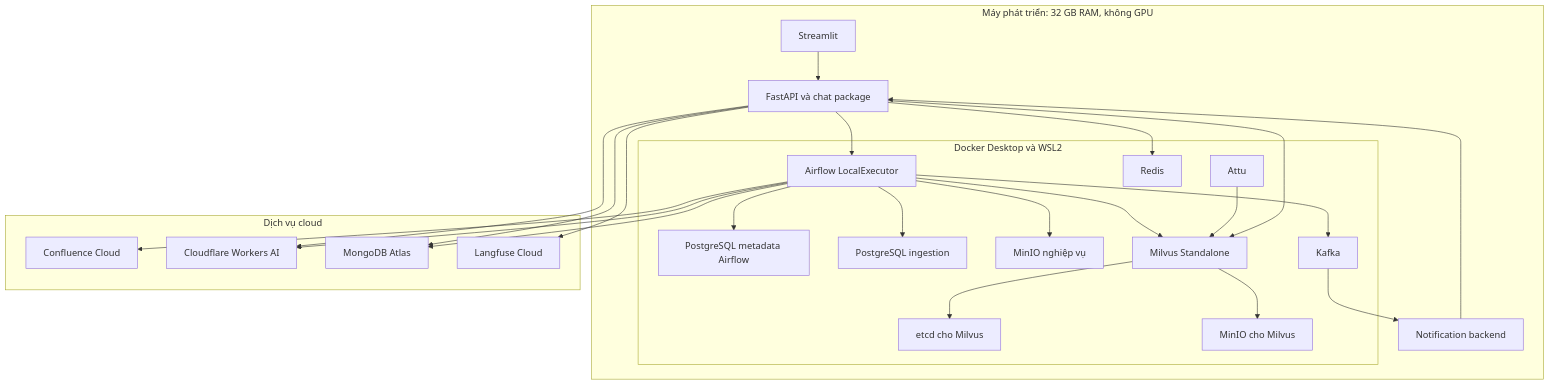
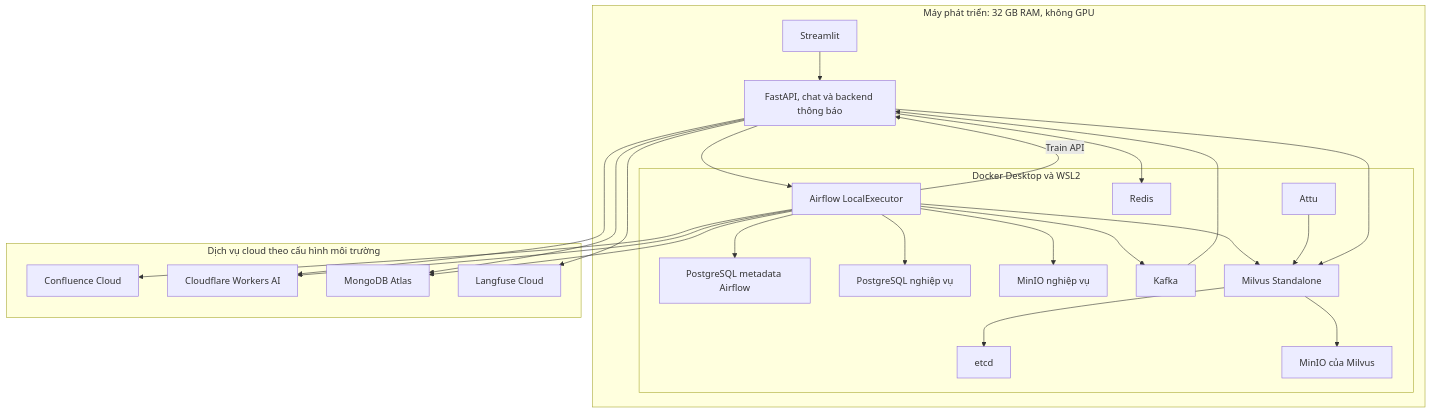
The sixth of 6 diagrams in docs/architecture.md (21tuoino12trieu/Do-An-Ki-Su), drawn with Mermaid before and after one commit. The commit also changed other lines of this file and 13 other files, not shown here.

````diff
--- a/docs/architecture.md
+++ b/docs/architecture.md
@@ -566,43 +416,43 @@
 ```mermaid
 flowchart TB
     subgraph HOST["Máy phát triển: 32 GB RAM, không GPU"]
-        UI["Streamlit"] --> API["FastAPI và chat package"]
-        N["Notification backend"] --> API
+        UI["Streamlit"] --> API["FastAPI, chat và backend thông báo"]
         subgraph DOCKER["Docker Desktop và WSL2"]
             AF["Airflow LocalExecutor"]
-            AFP["PostgreSQL metadata Airflow"]
-            PG["PostgreSQL ingestion"]
+            APG["PostgreSQL metadata Airflow"]
+            PG["PostgreSQL nghiệp vụ"]
             RAW["MinIO nghiệp vụ"]
             K["Kafka"]
             R["Redis"]
             V["Milvus Standalone"]
-            E["etcd cho Milvus"]
-            S["MinIO cho Milvus"]
+            E["etcd"]
+            S["MinIO của Milvus"]
             AT["Attu"]
-            AF --> AFP
+            AF --> APG
             AF --> PG
             AF --> RAW
             AF --> V
             AF --> K
             V --> E
             V --> S
             AT --> V
         end
+        AF -->|"Train API"| API
         API --> AF
         API --> V
         API --> R
-        K --> N
+        K --> API
     end
-    subgraph CLOUD["Dịch vụ cloud"]
+    subgraph CLOUD["Dịch vụ cloud theo cấu hình môi trường"]
         CONF["Confluence Cloud"]
         AI["Cloudflare Workers AI"]
         M["MongoDB Atlas"]
         LF["Langfuse Cloud"]
     end
     AF --> CONF
     AF --> AI
     AF --> M
     API --> AI
     API --> M
     API --> LF
 ```
````
